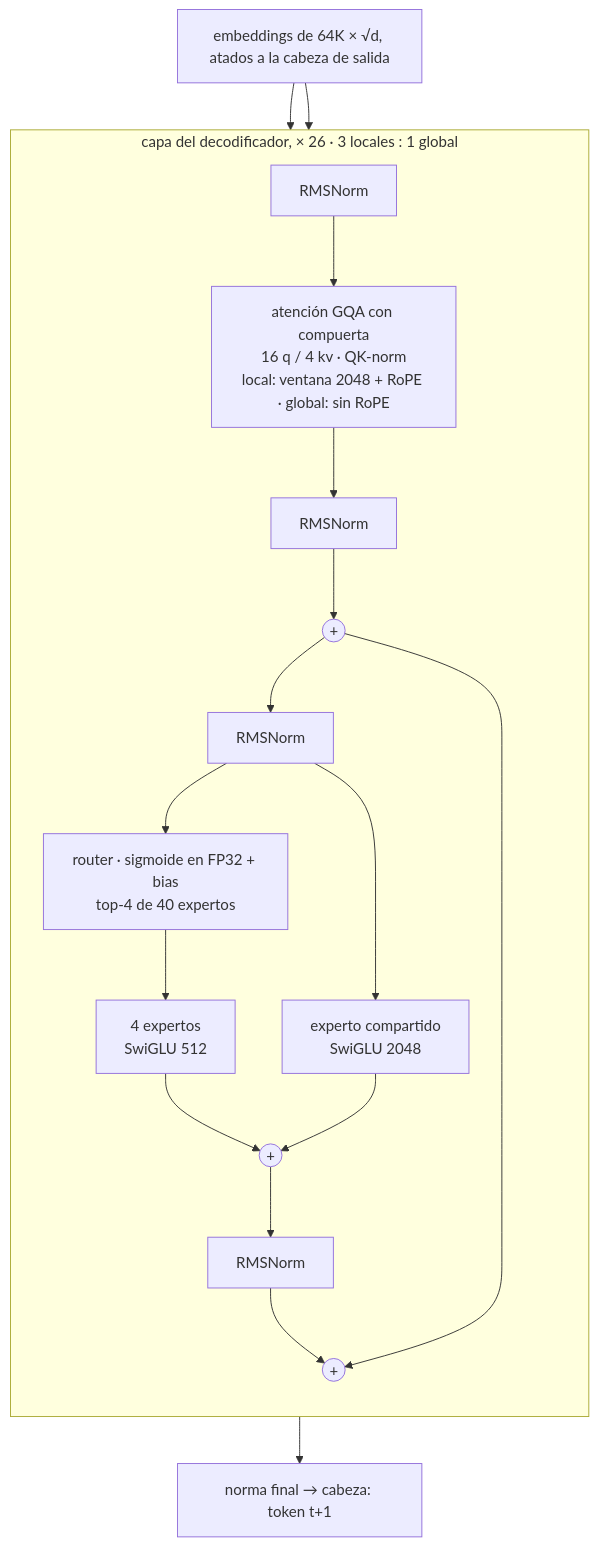
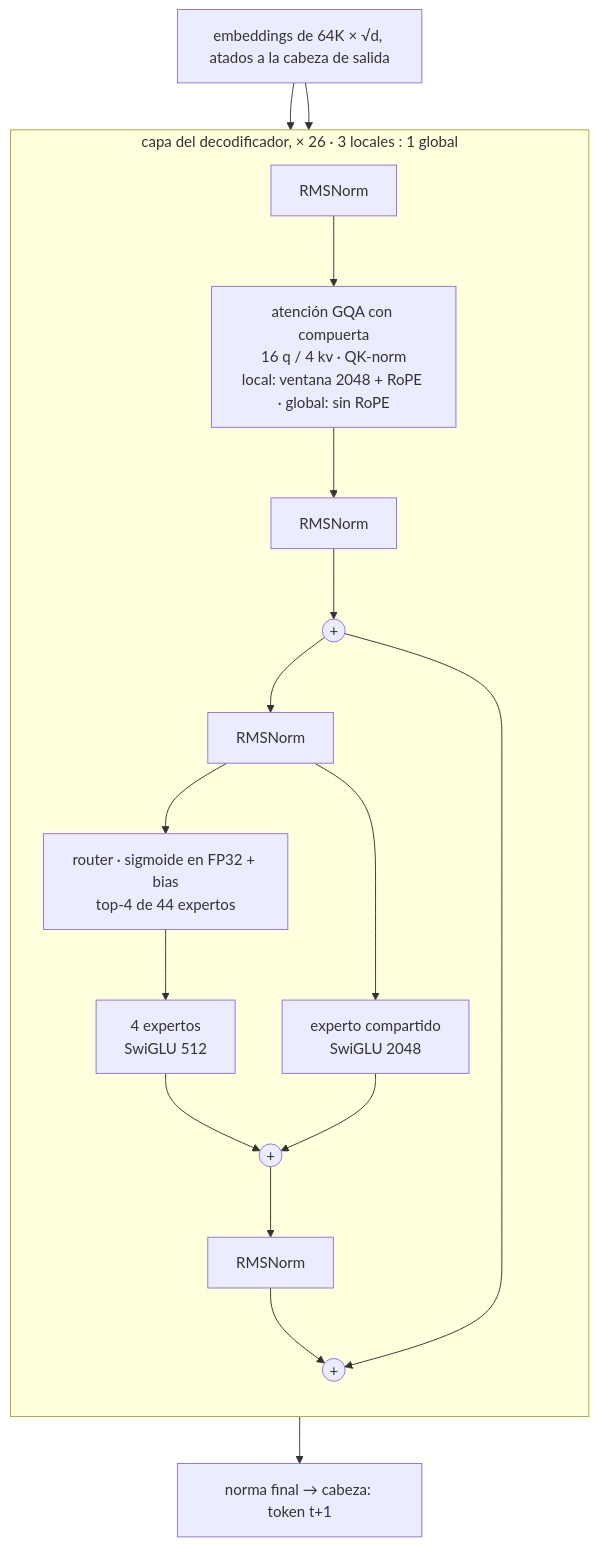
The first of 2 diagrams in README.es.md (FelipeGarciaRpo/ludwig-lm), drawn with Mermaid before and after one commit. The commit also changed other lines of this file and 8 other files, not shown here.

````diff
--- a/README.es.md
+++ b/README.es.md
@@ -43,22 +43,22 @@
 ```mermaid
 flowchart TB
     E["embeddings de 64K × √d, atados a la cabeza de salida"]
     subgraph L["capa del decodificador, × 26 · 3 locales : 1 global"]
         direction TB
         N1["RMSNorm"] --> ATT["atención GQA con compuerta<br/>16 q / 4 kv · QK-norm<br/>local: ventana 2048 + RoPE · global: sin RoPE"]
         ATT --> P1["RMSNorm"]
         P1 --> A1(("+"))
         A1 --> N2["RMSNorm"]
-        N2 --> R["router · sigmoide en FP32 + bias<br/>top-4 de 40 expertos"]
+        N2 --> R["router · sigmoide en FP32 + bias<br/>top-4 de 44 expertos"]
         R --> EX["4 expertos<br/>SwiGLU 512"]
         N2 --> SH["experto compartido<br/>SwiGLU 2048"]
         EX --> A2(("+"))
         SH --> A2
         A2 --> P2["RMSNorm"]
         P2 --> A3(("+"))
         A1 --> A3
     end
     E --> N1
     E --> A1
     A3 --> H["norma final → cabeza: token t+1"]
 ```
````
